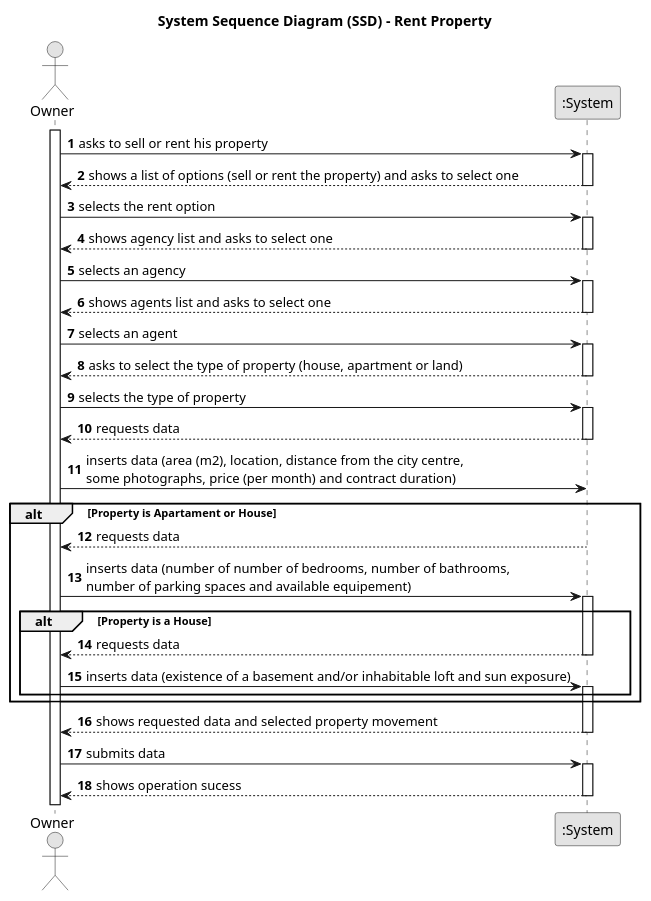
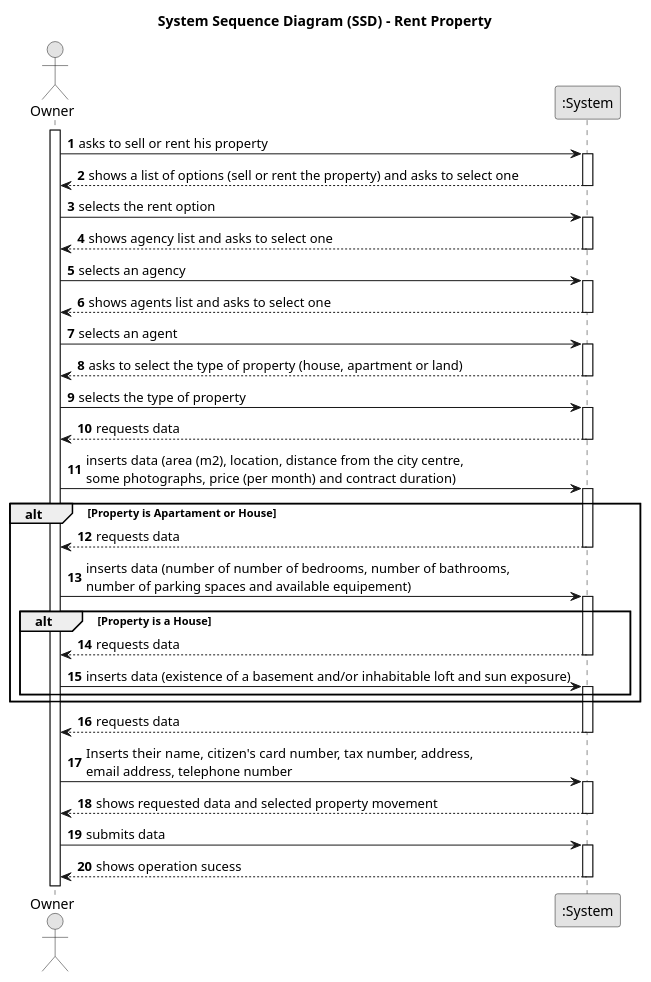
Before and after one commit to 1220812/LAPR2: the diagram in docs/sprintA/us004/01.requirements-engineering/puml/us004-system-sequence-diagram-rent.puml, drawn with PlantUML. The commit also changed 3 other files, not shown here.

```diff
--- a/docs/sprintA/us004/01.requirements-engineering/puml/us004-system-sequence-diagram-rent.puml
+++ b/docs/sprintA/us004/01.requirements-engineering/puml/us004-system-sequence-diagram-rent.puml
@@ -1,74 +1,81 @@
 @startuml
 skinparam monochrome true
 skinparam packageStyle rectangle
 skinparam shadowing false
 
 title System Sequence Diagram (SSD) - Rent Property
 
 autonumber
 
 actor "Owner" as Owner
 participant ":System" as System
 
 activate Owner
 
     Owner -> System : asks to sell or rent his property
     activate System
 
         System --> Owner : shows a list of options (sell or rent the property) and asks to select one
     deactivate System
 
     Owner -> System : selects the rent option
     activate System
 
         System --> Owner : shows agency list and asks to select one
     deactivate System
 
     Owner -> System : selects an agency
     activate System
 
         System --> Owner : shows agents list and asks to select one
     deactivate System
 
     Owner -> System : selects an agent
     activate System
 
         System --> Owner : asks to select the type of property (house, apartment or land)
     deactivate System
     Owner -> System : selects the type of property
         activate System
 
         System --> Owner : requests data
 
     deactivate System
     Owner -> System : inserts data (area (m2), location, distance from the city centre, \nsome photographs, price (per month) and contract duration)
+    activate System
     alt Property is Apartament or House
 
         System --> Owner : requests data
     deactivate System
 
     Owner -> System : inserts data (number of number of bedrooms, number of bathrooms, \nnumber of parking spaces and available equipement)
     activate System
 
         alt Property is a House
 
                System --> Owner : requests data
         deactivate System
 
         Owner -> System : inserts data (existence of a basement and/or inhabitable loft and sun exposure)
         activate System
-
         end
 
     end
+              System --> Owner : requests data
+              deactivate System
 
-               System --> Owner : shows requested data and selected property movement
-        deactivate System
+
+              Owner -> System : Inserts their name, citizen's card number, tax number, address, \nemail address, telephone number
+              activate System
+
+              System --> Owner : shows requested data and selected property movement
+
+              deactivate System
 
         Owner -> System : submits data
         activate System
 
                System --> Owner : shows operation sucess
         deactivate System
 
 @enduml
```
